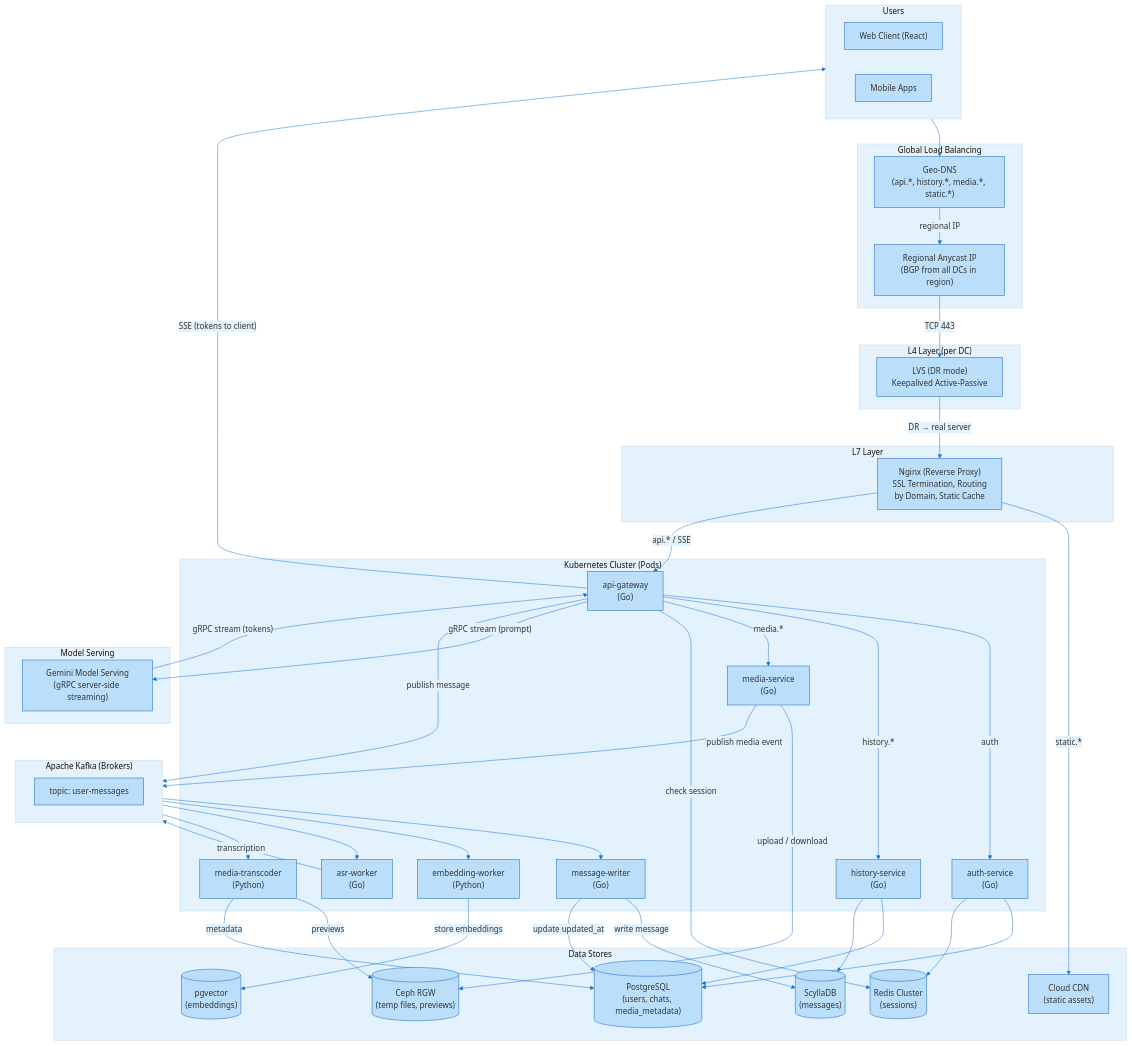
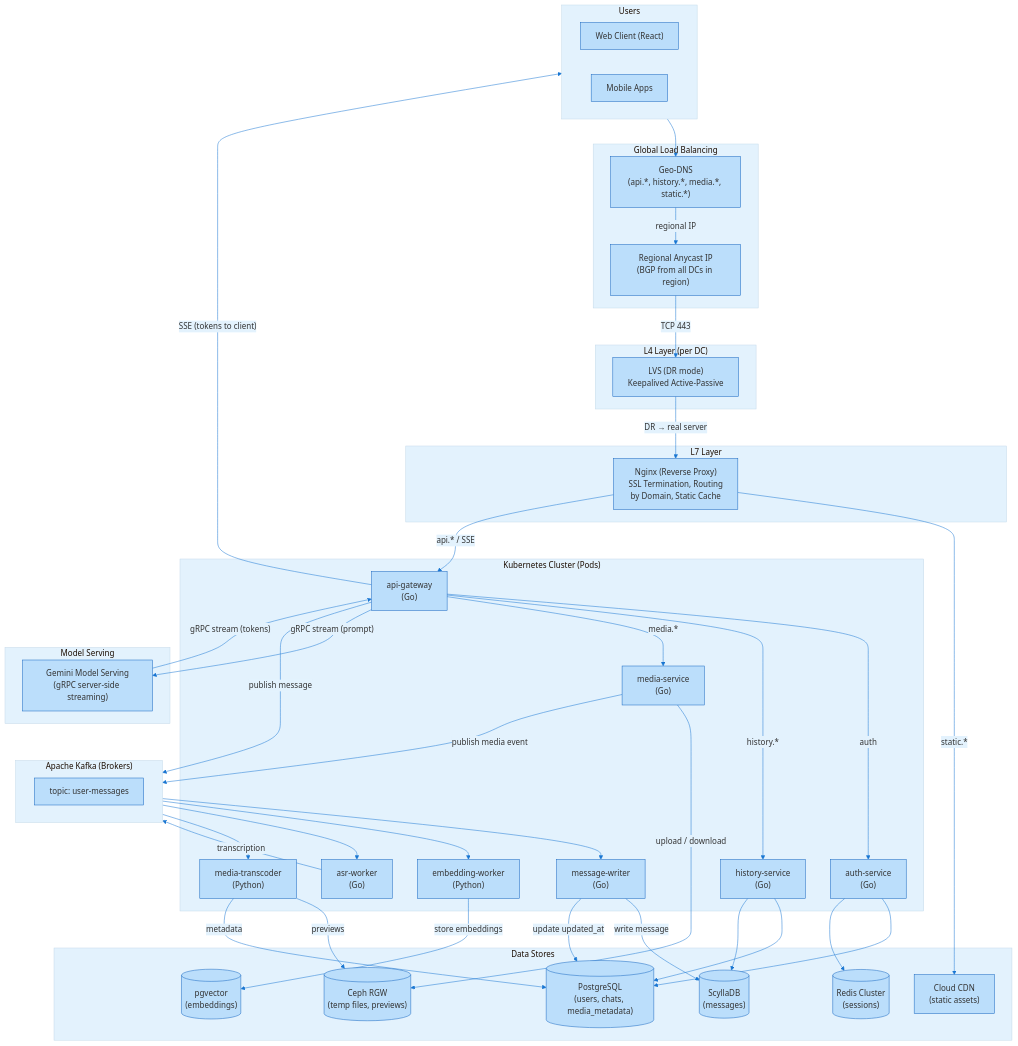
The third of 3 diagrams in README.md (gettingthingsdoneee/gemini_highload), drawn with Mermaid before and after one commit.

```diff
--- a/README.md
+++ b/README.md
@@ -874,7 +874,6 @@
     Auth --> PG
     Auth --> RedisSessions
 
-    ApiGateway -- "check session" --> RedisSessions
     ApiGateway -- "publish message" --> Kafka
     ApiGateway -- "gRPC stream (prompt)" --> GeminiModel
     GeminiModel -- "gRPC stream (tokens)" --> ApiGateway
```
